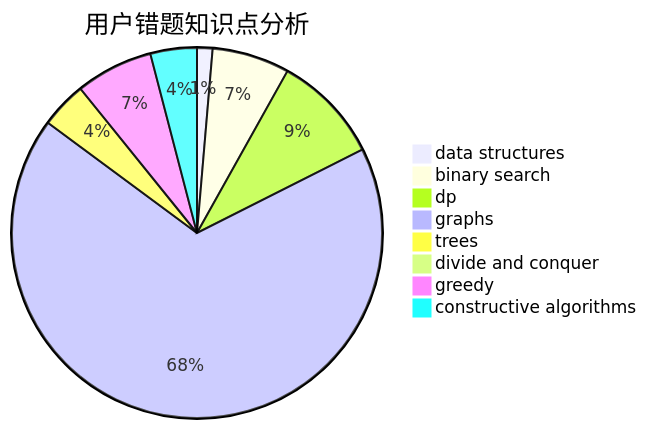
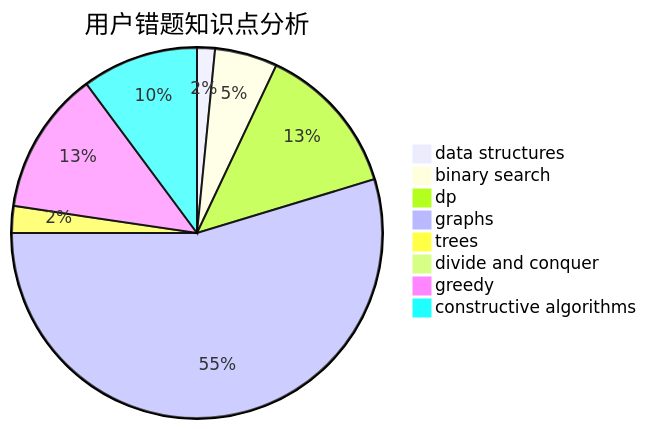
Before and after one commit to sherpahu/cfrs.github.io: the third of 3 diagrams in docs/user/u2740.md, drawn with Mermaid. The commit also changed other lines of this file and 2770 other files, not shown here.

````diff
--- a/docs/user/u2740.md
+++ b/docs/user/u2740.md
@@ -36,11 +36,11 @@
 ```mermaid
 pie title 用户错题知识点分析
-    "data structures" :  1
-    "binary search" :  5
-    "dp" :  7
-    "graphs" :  50
+    "data structures" :  2
+    "binary search" :  7
+    "dp" :  17
+    "graphs" :  70
     "trees" :  3
     "divide and conquer" :  0
-    "greedy" :  5
-    "constructive algorithms" :  3
+    "greedy" :  16
+    "constructive algorithms" :  13
 ```
````
